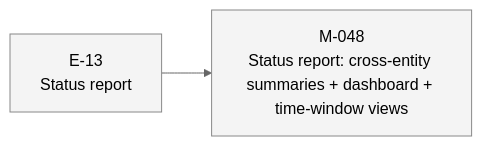
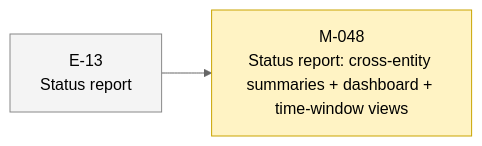
Before and after one commit to 23min/aiwf: the first of 2 diagrams in STATUS.md, drawn with Mermaid (neutral theme). The commit also changed other lines of this file and 1 other file, not shown here.

Commit message:
aiwf promote M-048 draft -> in_progress
Reconciling kernel state with shipped reality. The status-report markdown renderer + STATUS.md pre-commit hook + mermaid flowcharts shipped pre-G-038-migration in 3a9d0ec, 39f667a, 703c163, e51fec6. The G-038 dogfood migration brought entity tracking into the kernel-managed tree but never reconciled this milestone's status with the work that had already landed. Walking the FSM now to make state honest.

aiwf-verb: promote
aiwf-entity: M-048
aiwf-actor: human/peter
aiwf-to: in_progress

````diff
--- a/STATUS.md
+++ b/STATUS.md
@@ -15,12 +15,12 @@
 ```mermaid
 flowchart LR
   E_13["E-13<br/>Status report"]:::epic_proposed
-  M_048["M-048<br/>Status report: cross-entity summaries + dashboard + time-window views"]:::ms_draft
+  M_048["M-048<br/>Status report: cross-entity summaries + dashboard + time-window views"]:::ms_in_progress
   E_13 --> M_048
   classDef epic_active fill:#d6eaff,stroke:#1a73e8,color:#000
   classDef epic_proposed fill:#f4f4f4,stroke:#888,color:#000
   classDef ms_done fill:#d8f5d8,stroke:#2a8a2a,color:#000
   classDef ms_in_progress fill:#fff3c4,stroke:#caa400,color:#000
   classDef ms_draft fill:#f4f4f4,stroke:#888,color:#000
   classDef ms_cancelled fill:#fbeaea,stroke:#c33,color:#000
 ```
````
